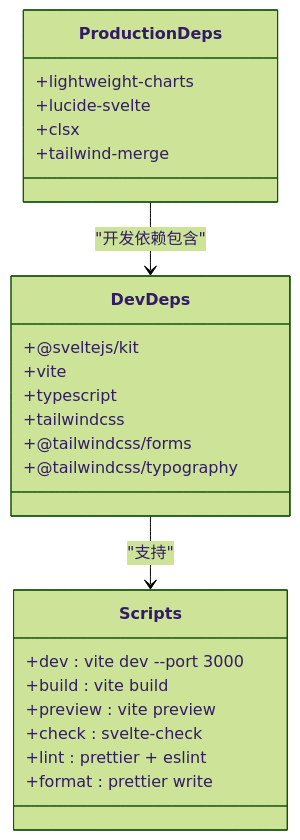
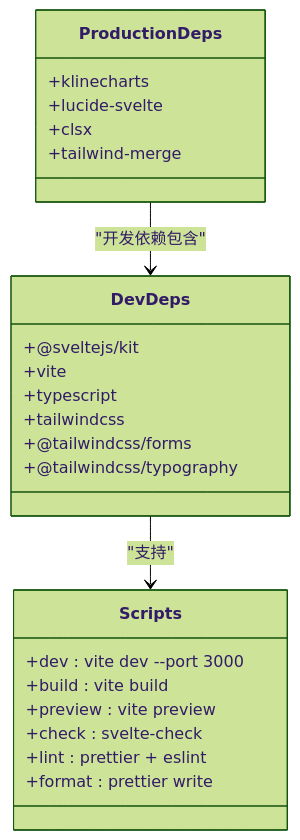
Before and after one commit to yjydmlh/turtle: the tenth of 17 diagrams in doc/前端架构/构建流程与工具链/构建流程与工具链.md, drawn with Mermaid (forest theme). The commit also changed other lines of this file and 9 other files, not shown here.

````diff
--- a/doc/前端架构/构建流程与工具链/构建流程与工具链.md
+++ b/doc/前端架构/构建流程与工具链/构建流程与工具链.md
@@ -310,27 +310,27 @@
 ```mermaid
 classDiagram
 class ProductionDeps {
-+lightweight-charts
++klinecharts
 +lucide-svelte
 +clsx
 +tailwind-merge
 }
 class DevDeps {
 +@sveltejs/kit
 +vite
 +typescript
 +tailwindcss
 +@tailwindcss/forms
 +@tailwindcss/typography
 }
 class Scripts {
 +dev : vite dev --port 3000
 +build : vite build
 +preview : vite preview
 +check : svelte-check
 +lint : prettier + eslint
 +format : prettier write
 }
 ProductionDeps --> DevDeps : "开发依赖包含"
 DevDeps --> Scripts : "支持"
 ```
````
